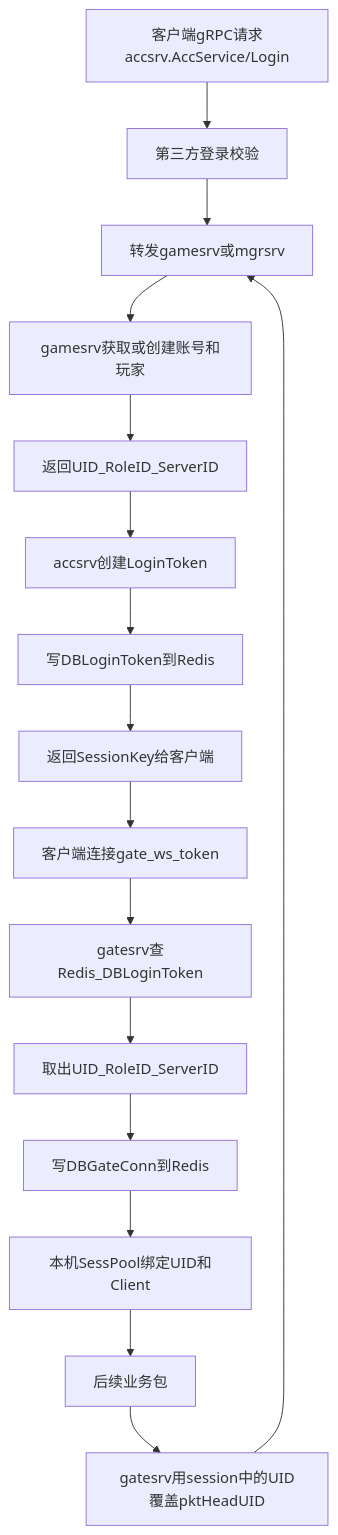
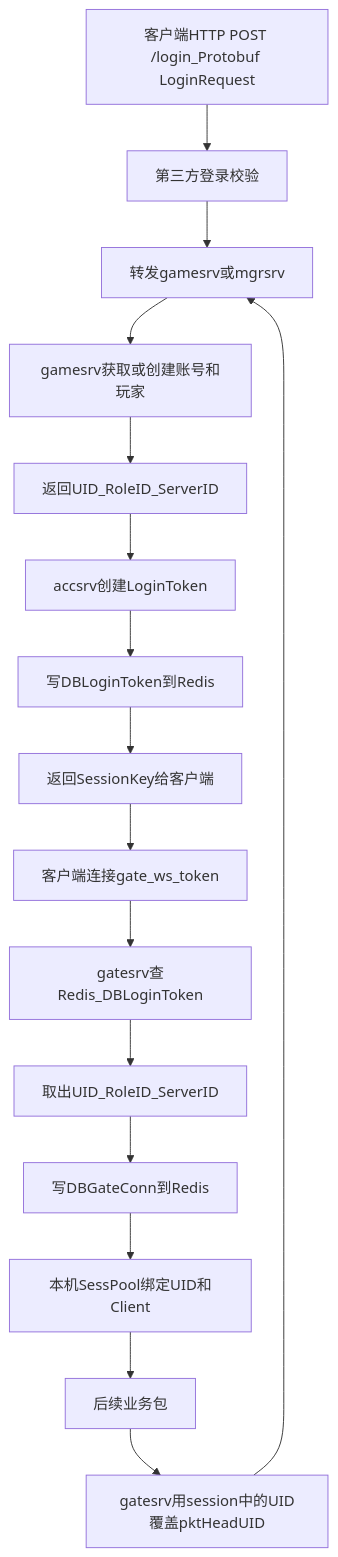
One commit to zhanglei19960726/globalmail changed the first of 7 diagrams in docs/runtime-flows.md. Above: the diagram before and after it, drawn with Mermaid. The commit also changed other lines of this file and 18 other files, not shown here.

````diff
--- a/docs/runtime-flows.md
+++ b/docs/runtime-flows.md
@@ -11,19 +11,19 @@
 ```mermaid
 flowchart TD
-    clientLogin[客户端gRPC请求accsrv.AccService/Login] --> auth[第三方登录校验]
+    clientLogin[客户端HTTP POST /login_Protobuf LoginRequest] --> auth[第三方登录校验]
     auth --> forward[accsrv gRPC调用gamesrv.GameService/Login]
     forward --> account[gamesrv获取或创建账号和玩家]
     account --> identity[返回UID_RoleID_ServerID]
     identity --> token[accsrv创建LoginToken]
     token --> loginToken[写DBLoginToken到Redis]
     loginToken --> sessionKey[返回SessionKey给客户端]
 
     sessionKey --> ws[客户端连接gate_ws_token]
     ws --> gateAuth[gatesrv查Redis_DBLoginToken]
     gateAuth --> uid[取出UID_RoleID_ServerID]
     uid --> gateConn[写DBGateConn到Redis]
     gateConn --> sess[本机SessPool绑定UID和Client]
     sess --> packet[后续业务包]
     packet --> overwrite[gatesrv用session中的UID覆盖pktHeadUID]
     overwrite --> forward[转发gamesrv或mgrsrv]
 ```
````
